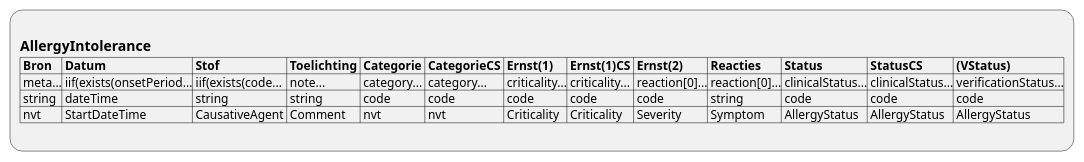
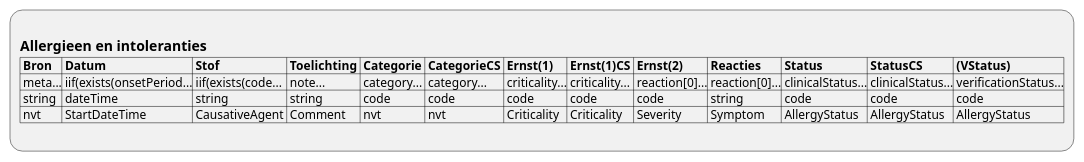
The diagram in input/images-source/ViewDefinition-AllergyIntolerance.plantuml (RIVO-Noord/zorgviewer-ig), drawn with PlantUML before and after one commit. The commit also changed 18 other files, not shown here.

```diff
--- a/input/images-source/ViewDefinition-AllergyIntolerance.plantuml
+++ b/input/images-source/ViewDefinition-AllergyIntolerance.plantuml
@@ -1,9 +1,9 @@
 @startuml ViewDefinition-AllergyIntolerance
 :
-== AllergyIntolerance
+== Allergieen en intoleranties
 |= Bron |= Datum |= Stof |= Toelichting |= Categorie |= CategorieCS |= Ernst(1) |= Ernst(1)CS |= Ernst(2) |= Reacties |= Status |= StatusCS |= (VStatus) |
 | meta...| iif(exists(onsetPeriod...| iif(exists(code...| note...| category...| category...| criticality...| criticality...| reaction[0]...| reaction[0]...| clinicalStatus...| clinicalStatus...| verificationStatus...|
 | string | dateTime | string | string | code | code | code | code | code | string | code | code | code |
 | nvt | StartDateTime | CausativeAgent | Comment | nvt | nvt | Criticality | Criticality | Severity | Symptom | AllergyStatus | AllergyStatus | AllergyStatus |
 ;
 @enduml
```
